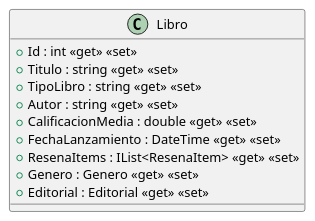
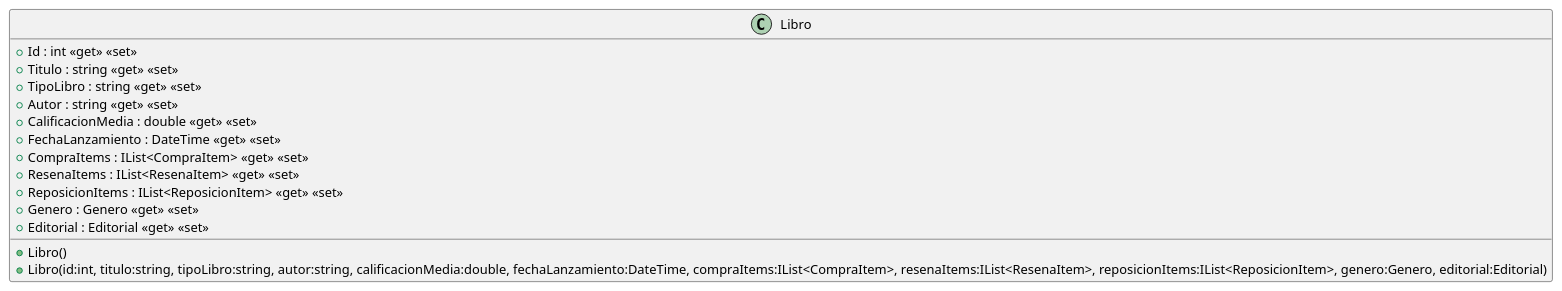
The diagram in src/AppForSEII.API/ClassDiagram/Libro.puml (ISII2627SoftwareEngineers/ISII2627SoftwareEngineers), drawn with PlantUML before and after one commit. The commit also changed 13 other files, not shown here.

Commit message:
Actualizados los diagramas de clases y el diagrama del caso de uso 4 ResenarLibros

```diff
--- a/src/AppForSEII.API/ClassDiagram/Libro.puml
+++ b/src/AppForSEII.API/ClassDiagram/Libro.puml
@@ -1,13 +1,17 @@
 @startuml
 class Libro {
+    + Libro()
+    + Libro(id:int, titulo:string, tipoLibro:string, autor:string, calificacionMedia:double, fechaLanzamiento:DateTime, compraItems:IList<CompraItem>, resenaItems:IList<ResenaItem>, reposicionItems:IList<ReposicionItem>, genero:Genero, editorial:Editorial)
     + Id : int <<get>> <<set>>
     + Titulo : string <<get>> <<set>>
     + TipoLibro : string <<get>> <<set>>
     + Autor : string <<get>> <<set>>
     + CalificacionMedia : double <<get>> <<set>>
     + FechaLanzamiento : DateTime <<get>> <<set>>
+    + CompraItems : IList<CompraItem> <<get>> <<set>>
     + ResenaItems : IList<ResenaItem> <<get>> <<set>>
+    + ReposicionItems : IList<ReposicionItem> <<get>> <<set>>
     + Genero : Genero <<get>> <<set>>
     + Editorial : Editorial <<get>> <<set>>
 }
 @enduml
```
